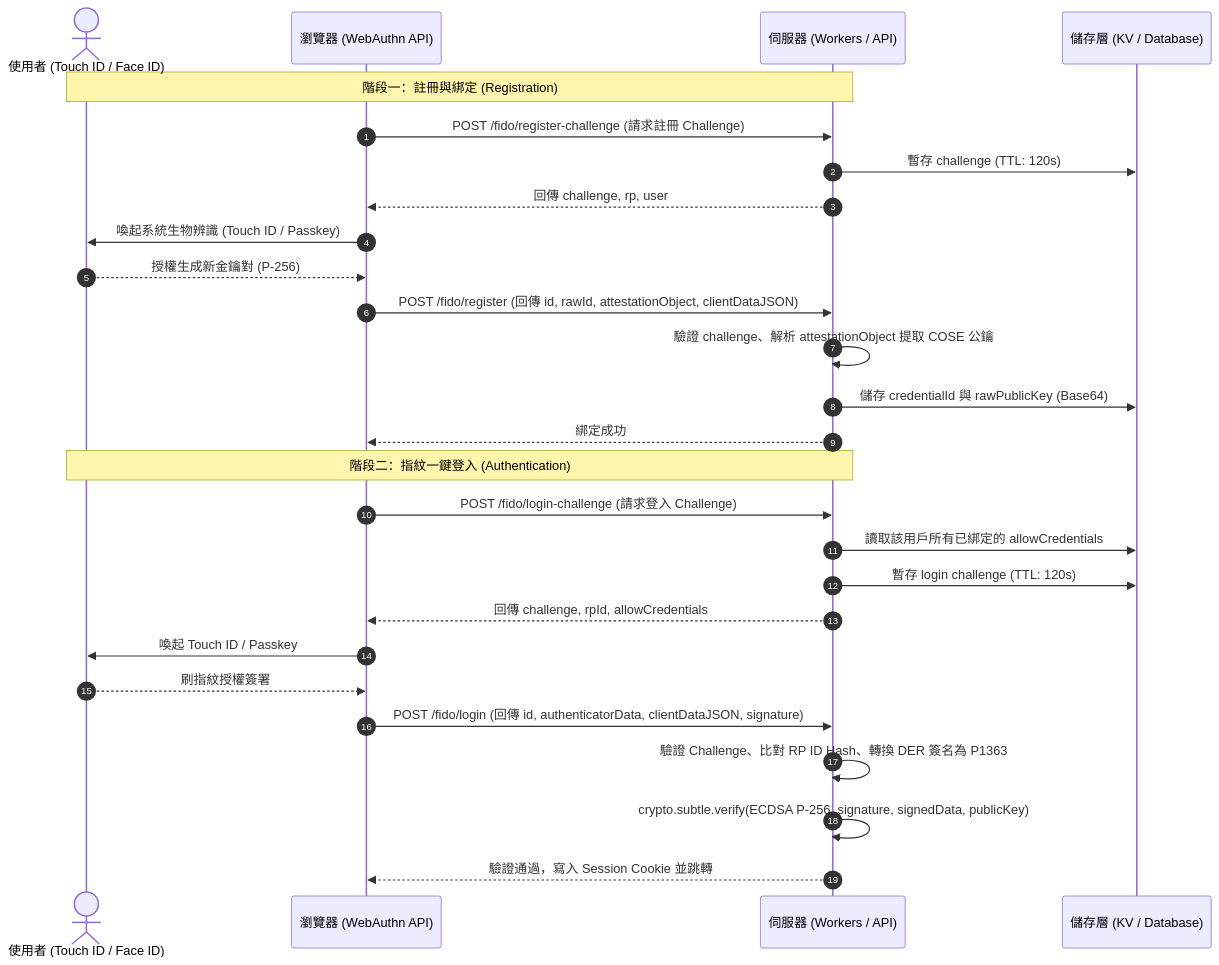
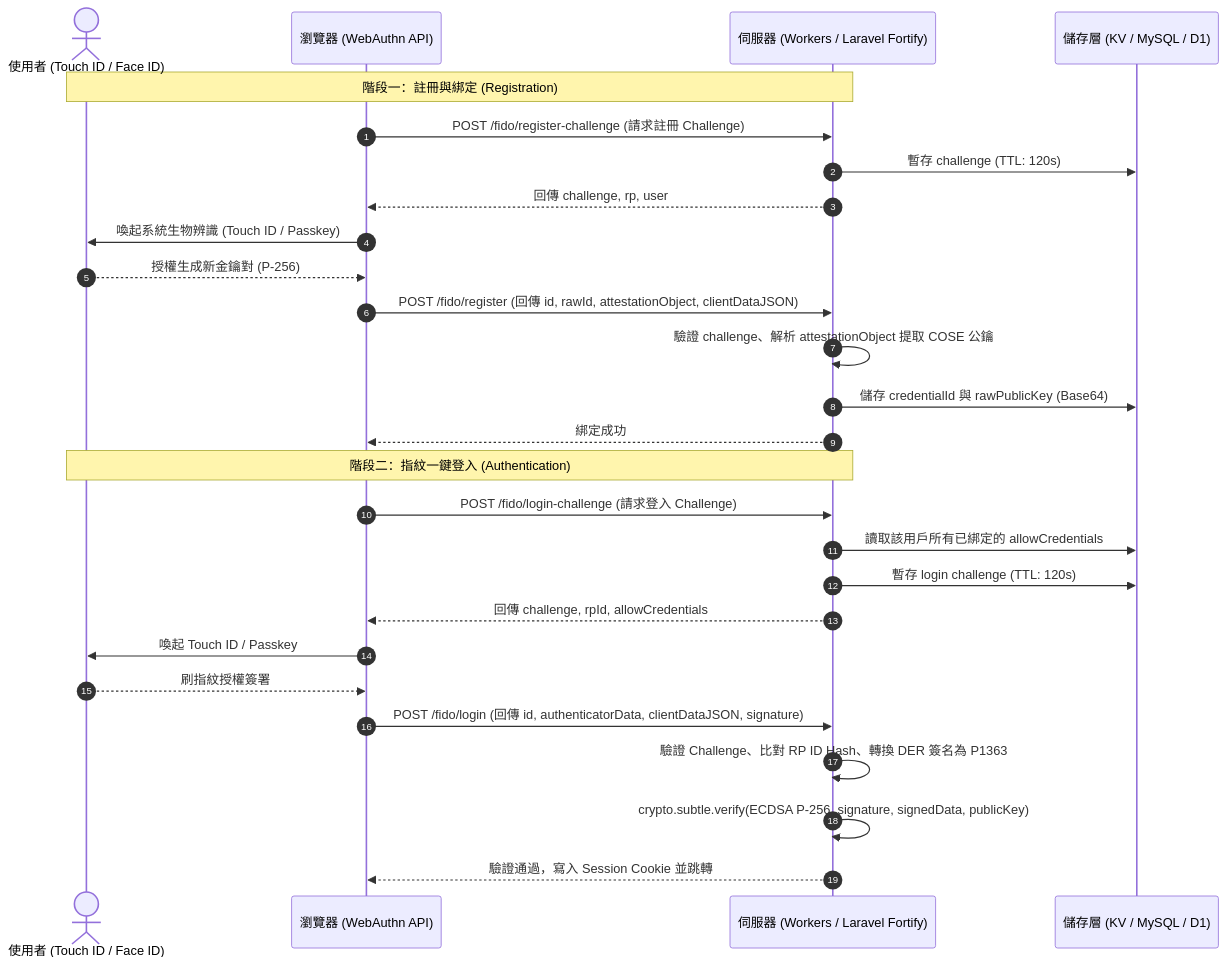
One commit to tbdavid2019/cf-notepad changed the diagram in .agent/skills/fido2-touchid-passkey/SKILL.md. Above: the diagram before and after it, drawn with Mermaid. The commit also changed other lines of this file, not shown here.

Commit message:
docs(skills): add Laravel Fortify native passkeys SOP to fido2-touchid-passkey skill

````diff
--- a/.agent/skills/fido2-touchid-passkey/SKILL.md
+++ b/.agent/skills/fido2-touchid-passkey/SKILL.md
@@ -19,31 +31,31 @@
 ```mermaid
 sequenceDiagram
     autonumber
     actor User as 使用者 (Touch ID / Face ID)
     participant Browser as 瀏覽器 (WebAuthn API)
-    participant Server as 伺服器 (Workers / API)
-    participant KV as 儲存層 (KV / Database)
+    participant Server as 伺服器 (Workers / Laravel Fortify)
+    participant DB as 儲存層 (KV / MySQL / D1)
 
     Note over User,Server: 階段一：註冊與綁定 (Registration)
     Browser->>Server: POST /fido/register-challenge (請求註冊 Challenge)
-    Server->>KV: 暫存 challenge (TTL: 120s)
+    Server->>DB: 暫存 challenge (TTL: 120s)
     Server-->>Browser: 回傳 challenge, rp, user
     Browser->>User: 喚起系統生物辨識 (Touch ID / Passkey)
     User-->>Browser: 授權生成新金鑰對 (P-256)
     Browser->>Server: POST /fido/register (回傳 id, rawId, attestationObject, clientDataJSON)
     Server->>Server: 驗證 challenge、解析 attestationObject 提取 COSE 公鑰
-    Server->>KV: 儲存 credentialId 與 rawPublicKey (Base64)
+    Server->>DB: 儲存 credentialId 與 rawPublicKey (Base64)
     Server-->>Browser: 綁定成功
 
     Note over User,Server: 階段二：指紋一鍵登入 (Authentication)
     Browser->>Server: POST /fido/login-challenge (請求登入 Challenge)
-    Server->>KV: 讀取該用戶所有已綁定的 allowCredentials
-    Server->>KV: 暫存 login challenge (TTL: 120s)
+    Server->>DB: 讀取該用戶所有已綁定的 allowCredentials
+    Server->>DB: 暫存 login challenge (TTL: 120s)
     Server-->>Browser: 回傳 challenge, rpId, allowCredentials
     Browser->>User: 喚起 Touch ID / Passkey
     User-->>Browser: 刷指紋授權簽署
     Browser->>Server: POST /fido/login (回傳 id, authenticatorData, clientDataJSON, signature)
     Server->>Server: 驗證 Challenge、比對 RP ID Hash、轉換 DER 簽名為 P1363
     Server->>Server: crypto.subtle.verify(ECDSA P-256, signature, signedData, publicKey)
     Server-->>Browser: 驗證通過，寫入 Session Cookie 並跳轉
 ```
````
